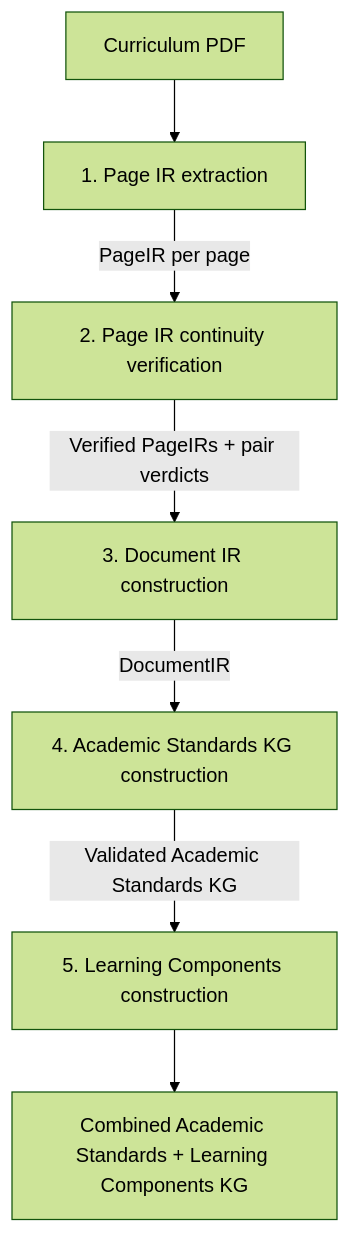
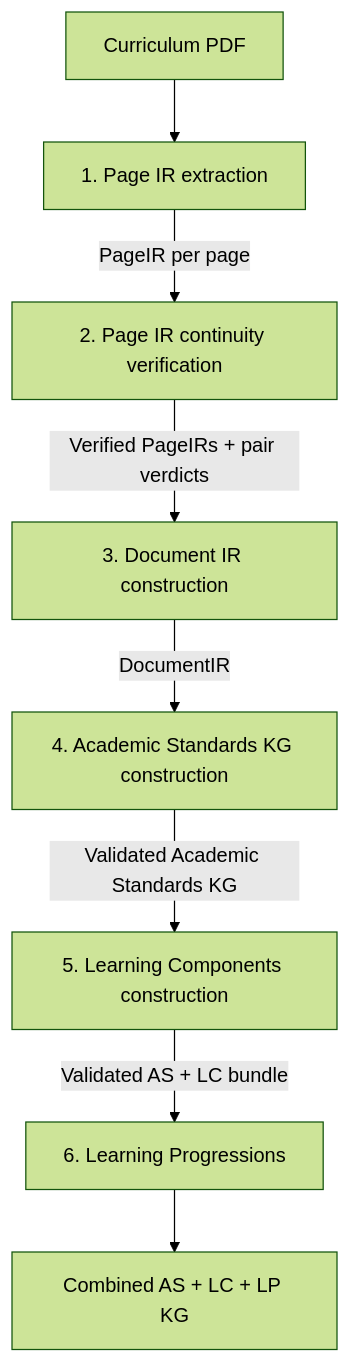
One commit to IDinsight/KGForEdGlobal changed the first of 3 diagrams in docs/architecture.md. Above: the diagram before and after it, drawn with Mermaid (forest theme). The commit also changed other lines of this file and 146 other files, not shown here.

First line of the commit message:
feat(lp): add learning progressions generation, tests, docs, and evaluation (#33)

````diff
--- a/docs/architecture.md
+++ b/docs/architecture.md
@@ -22,9 +22,10 @@
 ```mermaid
 flowchart TD
     A[Curriculum PDF] --> B[1. Page IR extraction]
     B -->|PageIR per page| C[2. Page IR continuity verification]
     C -->|Verified PageIRs + pair verdicts| D[3. Document IR construction]
     D -->|DocumentIR| E[4. Academic Standards KG construction]
     E -->|Validated Academic Standards KG| F[5. Learning Components construction]
-    F --> G[Combined Academic Standards + Learning Components KG]
+    F -->|Validated AS + LC bundle| G[6. Learning Progressions]
+    G --> H[Combined AS + LC + LP KG]
 ```
````
